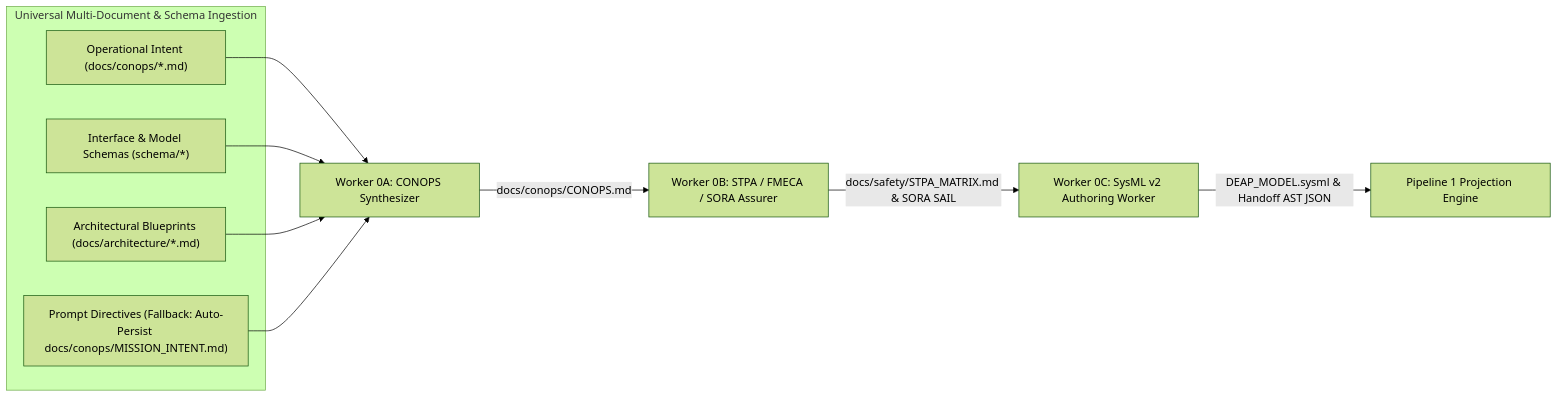
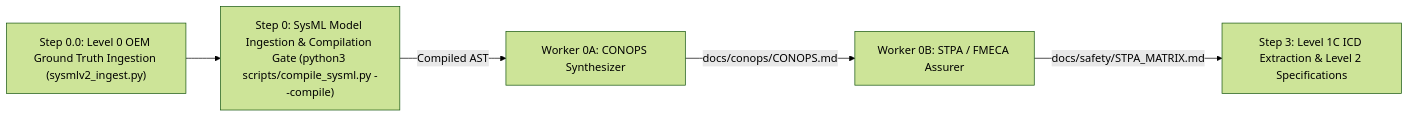
Before and after one commit to gintatkinson/DEAP-profile-flutter-app: the diagram in README.md, drawn with Mermaid (forest theme). The commit also changed other lines of this file and 514 other files, not shown here.

````diff
--- a/README.md
+++ b/README.md
@@ -375,16 +75,7 @@
 ```mermaid
 flowchart LR
-    subgraph Ingestion["Universal Multi-Document & Schema Ingestion"]
-        Doc1["Operational Intent (docs/conops/*.md)"]
-        Doc2["Interface & Model Schemas (schema/*)"]
-        Doc3["Architectural Blueprints (docs/architecture/*.md)"]
-        Doc4["Prompt Directives (Fallback: Auto-Persist docs/conops/MISSION_INTENT.md)"]
-    end
-    Doc1 --> Worker_0A["Worker 0A: CONOPS Synthesizer"]
-    Doc2 --> Worker_0A
-    Doc3 --> Worker_0A
-    Doc4 --> Worker_0A
-    Worker_0A -->|"docs/conops/CONOPS.md"| Worker_0B["Worker 0B: STPA / FMECA / SORA Assurer"]
-    Worker_0B -->|"docs/safety/STPA_MATRIX.md & SORA SAIL"| Worker_0C["Worker 0C: SysML v2 Authoring Worker"]
-    Worker_0C -->|"DEAP_MODEL.sysml & Handoff AST JSON"| Pipeline_1["Pipeline 1 Projection Engine"]
+    Step00["Step 0.0: Level 0 OEM Ground Truth Ingestion (sysmlv2_ingest.py)"] --> Step0["Step 0: SysML Model Ingestion & Compilation Gate (python3 scripts/compile_sysml.py --compile)"]
+    Step0 -->|"Compiled AST"| Worker_0A["Worker 0A: CONOPS Synthesizer"]
+    Worker_0A -->|"docs/conops/CONOPS.md"| Worker_0B["Worker 0B: STPA / FMECA Assurer"]
+    Worker_0B -->|"docs/safety/STPA_MATRIX.md"| Step3["Step 3: Level 1C ICD Extraction & Level 2 Specifications"]
 ```
````
